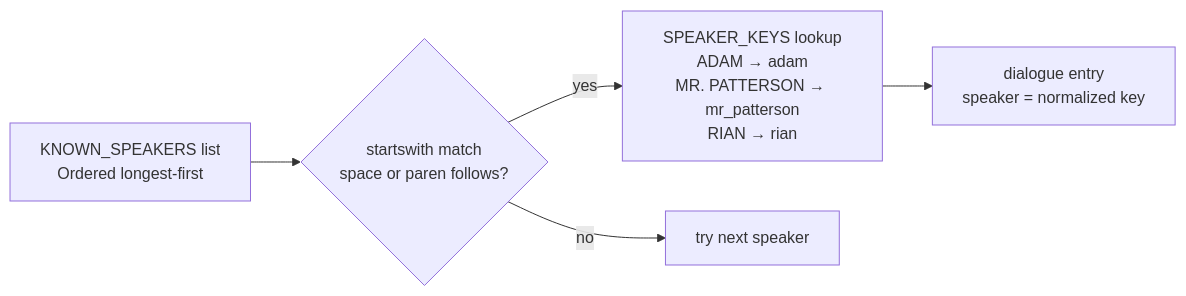
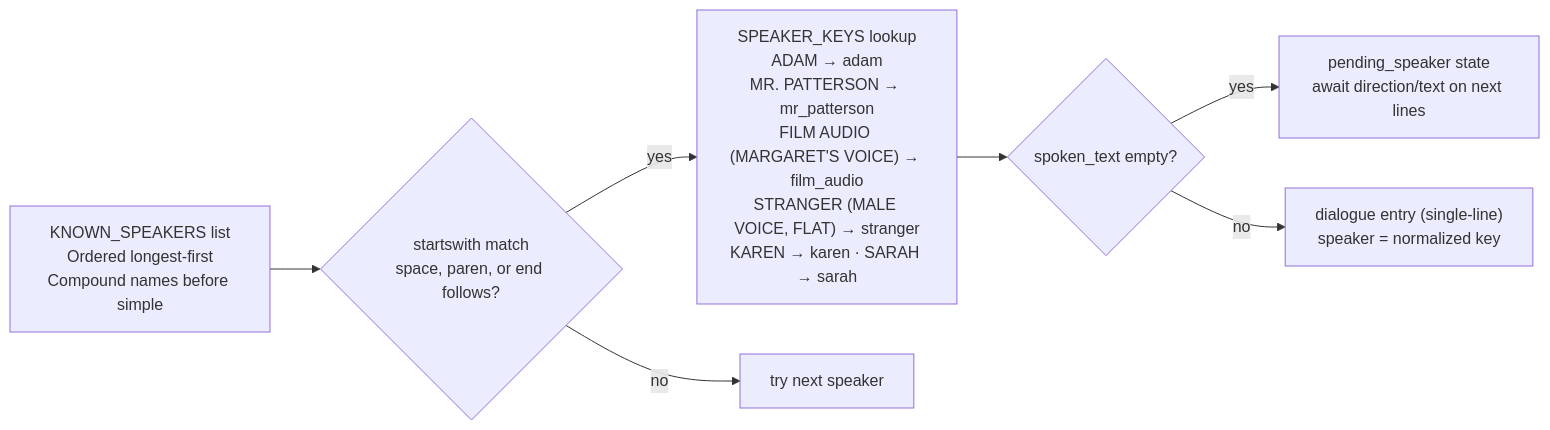
One commit to tazlin/xil-pipeline changed the third of 9 diagrams in docs/pipeline.md. Above: the diagram before and after it, drawn with Mermaid. The commit also changed other lines of this file and 8 other files, not shown here.

````diff
--- a/docs/pipeline.md
+++ b/docs/pipeline.md
@@ -99,14 +143,20 @@
 ```mermaid
 flowchart LR
     RAW["`KNOWN_SPEAKERS list
-    Ordered longest-first`"]
+    Ordered longest-first
+    Compound names before simple`"]
     RAW --> MATCH{"`startswith match
-    space or paren follows?`"}
+    space, paren, or end follows?`"}
     MATCH -->|yes| KEY["`SPEAKER_KEYS lookup
     ADAM → adam
     MR. PATTERSON → mr_patterson
-    RIAN → rian`"]
+    FILM AUDIO (MARGARET'S VOICE) → film_audio
+    STRANGER (MALE VOICE, FLAT) → stranger
+    KAREN → karen · SARAH → sarah`"]
     MATCH -->|no| SKIP2["try next speaker"]
-    KEY --> ENTRY["`dialogue entry
+    KEY --> MODE{"`spoken_text empty?`"}
+    MODE -->|yes| PEND["`pending_speaker state
+    await direction/text on next lines`"]
+    MODE -->|no| ENTRY["`dialogue entry (single-line)
     speaker = normalized key`"]
 ```
````
